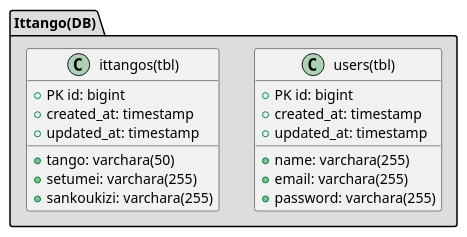
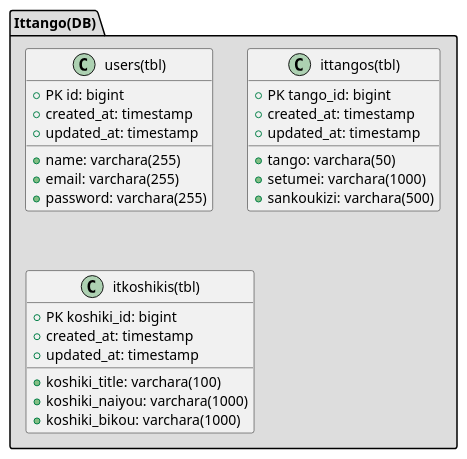
One commit to comtaken/Ittangoapp changed the diagram in docs/tangosysmodel.wsd. Above: the diagram before and after it, drawn with PlantUML. The commit also changed other lines of this file and 2 other files, not shown here.

```diff
--- a/docs/tangosysmodel.wsd
+++ b/docs/tangosysmodel.wsd
@@ -1,26 +5,35 @@
 @startuml
 
 
 
 package "Ittango(DB)" #DDDDDD {
 
     class users(tbl){
     + PK id: bigint
     + name: varchara(255)
     + email: varchara(255)
     + password: varchara(255)
     + created_at: timestamp
     + updated_at: timestamp
     }
 
     class ittangos(tbl){
-    + PK id: bigint
+    + PK tango_id: bigint
     + tango: varchara(50)
-    + setumei: varchara(255)
-    + sankoukizi: varchara(255)
+    + setumei: varchara(1000)
+    + sankoukizi: varchara(500)
+    + created_at: timestamp
+    + updated_at: timestamp
+    }
+
+    class itkoshikis(tbl){
+    + PK koshiki_id: bigint
+    + koshiki_title: varchara(100)
+    + koshiki_naiyou: varchara(1000)
+    + koshiki_bikou: varchara(1000)
     + created_at: timestamp
     + updated_at: timestamp
     }
 
 }
 @enduml
```
